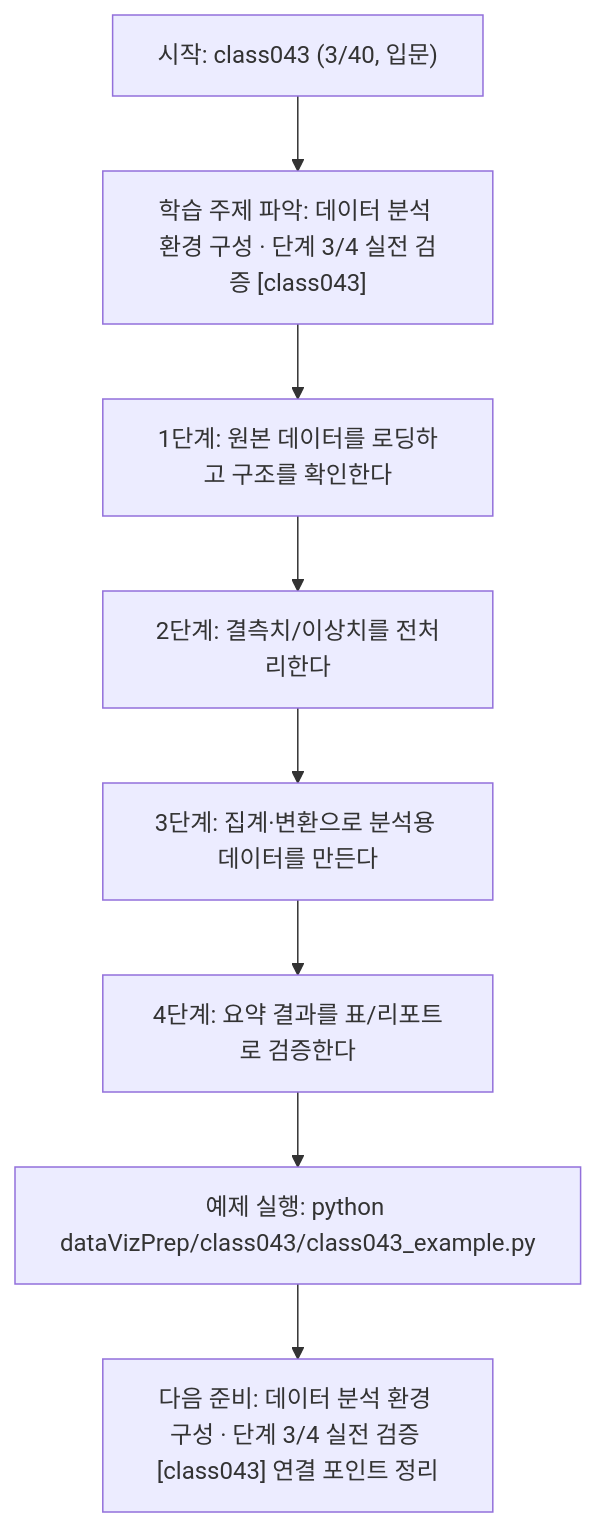
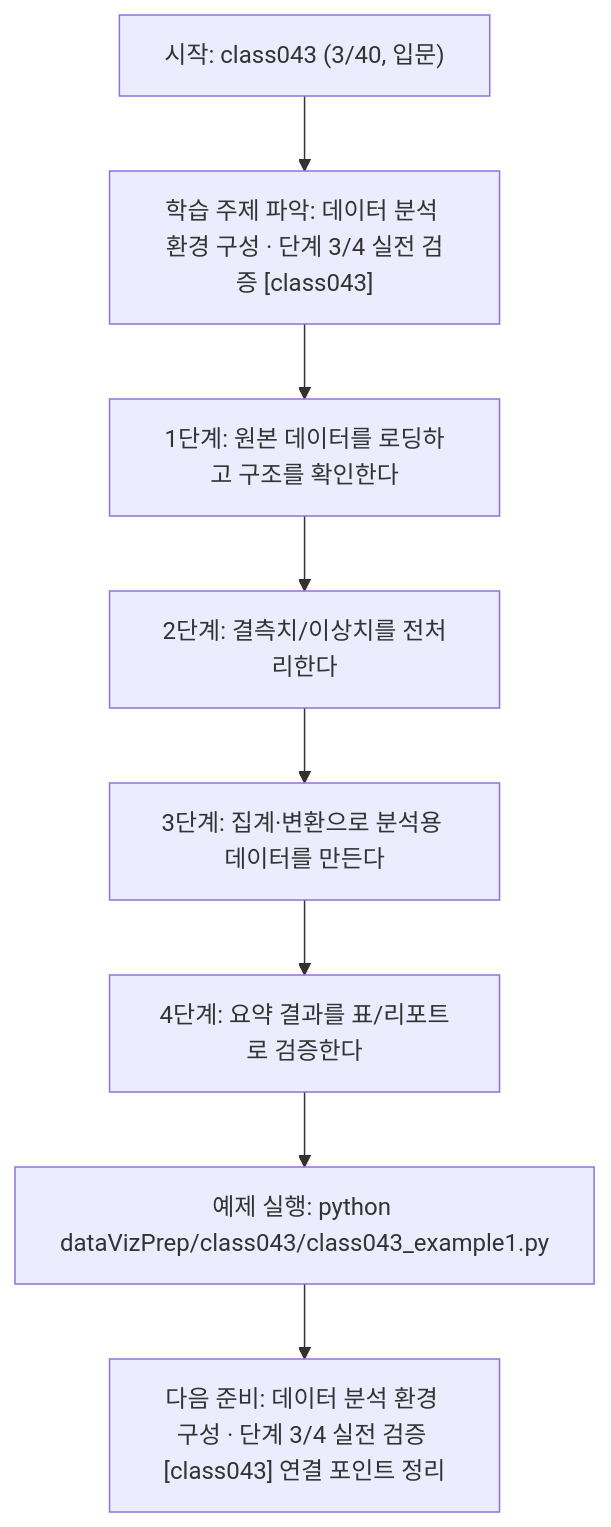
Before and after one commit to edumgt/Python-AI_Agent-Class: the diagram in dataVizPrep/class043/class043.md, drawn with Mermaid. The commit also changed other lines of this file and 2959 other files, not shown here.

````diff
--- a/dataVizPrep/class043/class043.md
+++ b/dataVizPrep/class043/class043.md
@@ -112,18 +112,18 @@
 ```mermaid
 flowchart TD
 N1["시작: class043 (3/40, 입문)"]
 N2["학습 주제 파악: 데이터 분석 환경 구성 · 단계 3/4 실전 검증 [class043]"]
 N3["1단계: 원본 데이터를 로딩하고 구조를 확인한다"]
 N4["2단계: 결측치/이상치를 전처리한다"]
 N5["3단계: 집계·변환으로 분석용 데이터를 만든다"]
 N6["4단계: 요약 결과를 표/리포트로 검증한다"]
-N7["예제 실행: python dataVizPrep/class043/class043_example.py"]
+N7["예제 실행: python dataVizPrep/class043/class043_example1.py"]
 N8["다음 준비: 데이터 분석 환경 구성 · 단계 3/4 실전 검증 [class043] 연결 포인트 정리"]
 N1 --> N2
 N2 --> N3
 N3 --> N4
 N4 --> N5
 N5 --> N6
 N6 --> N7
 N7 --> N8
 ```
````
